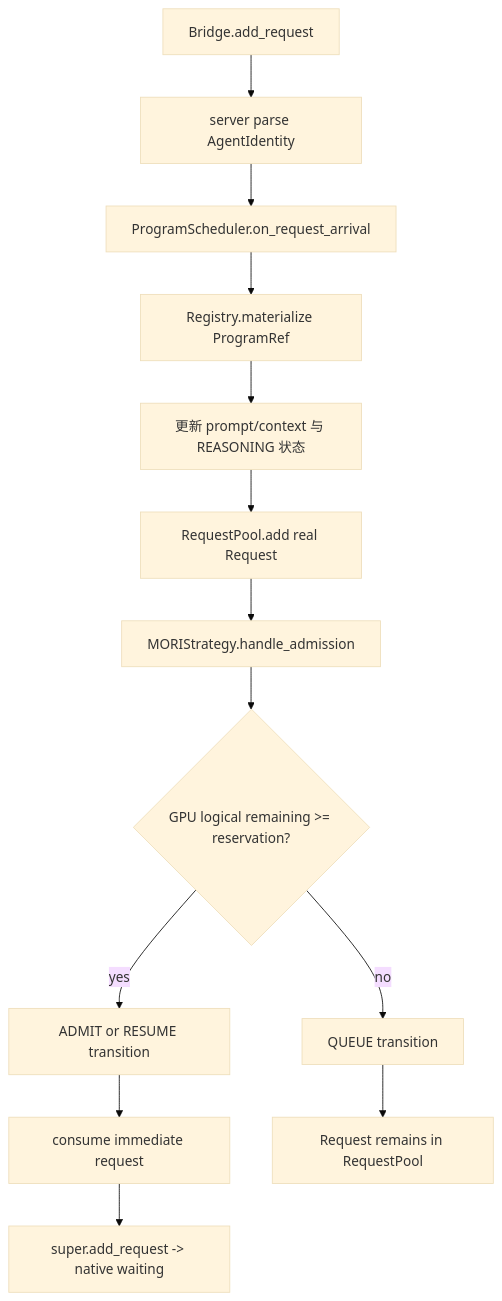
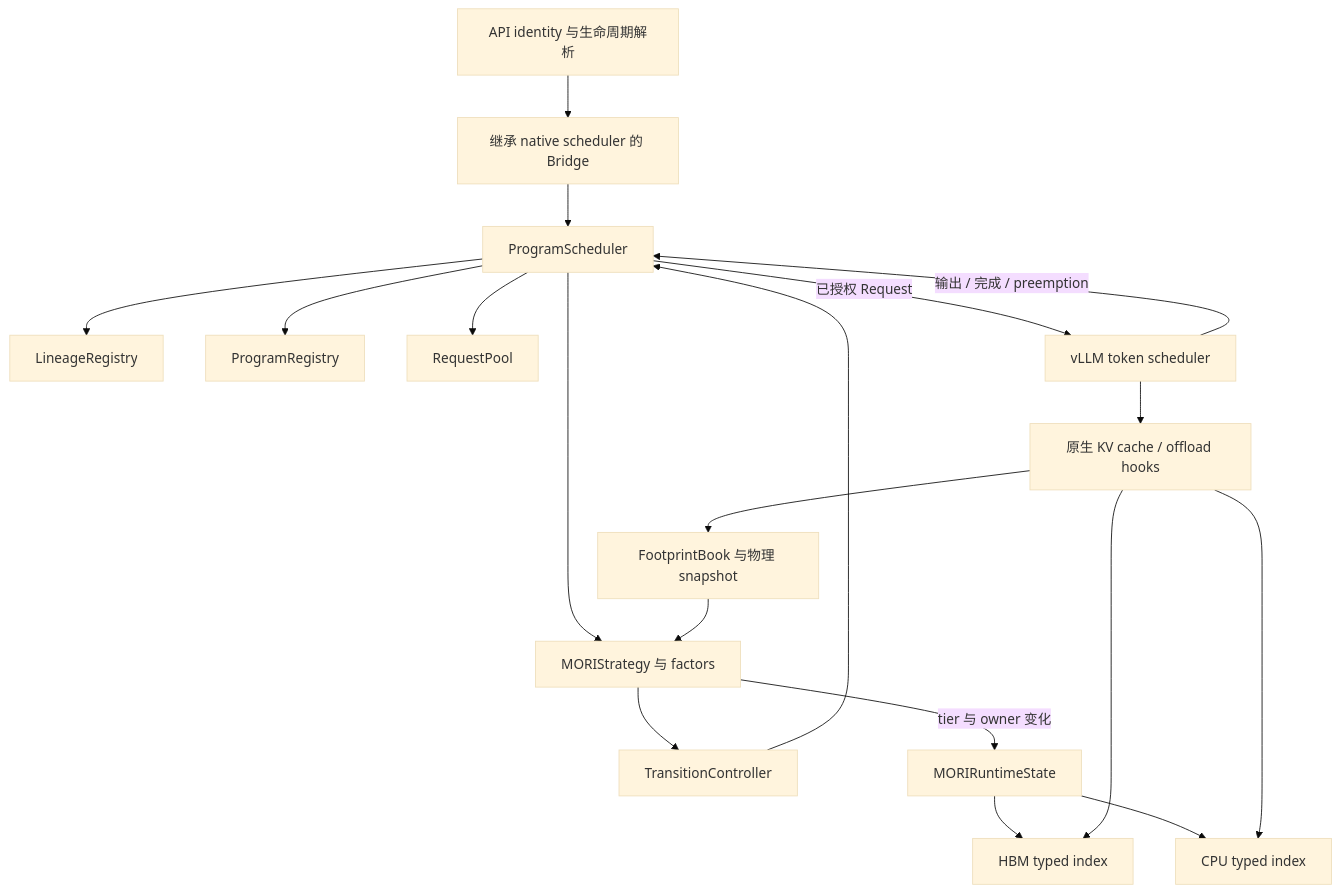
One commit to potatoZhx/agent-infer changed the first of 2 diagrams in design/module/scheduling/mori-implementation.zh-CN.md. Above: the diagram before and after it, drawn with Mermaid (base theme). The commit also changed other lines of this file and 1 other file, not shown here.

````diff
--- a/design/module/scheduling/mori-implementation.zh-CN.md
+++ b/design/module/scheduling/mori-implementation.zh-CN.md
@@ -396,15 +81,21 @@
 ```mermaid
 flowchart TD
-    A[Bridge.add_request] --> B[server parse AgentIdentity]
-    B --> C[ProgramScheduler.on_request_arrival]
-    C --> D[Registry.materialize ProgramRef]
-    D --> E[更新 prompt/context 与 REASONING 状态]
-    E --> F[RequestPool.add real Request]
-    F --> G[MORIStrategy.handle_admission]
-    G --> H{GPU logical remaining >= reservation?}
-    H -->|yes| I[ADMIT or RESUME transition]
-    I --> J[consume immediate request]
-    J --> K[super.add_request -> native waiting]
-    H -->|no| L[QUEUE transition]
-    L --> M[Request remains in RequestPool]
+    API[API identity 与生命周期解析] --> BR[继承 native scheduler 的 Bridge]
+    BR --> PS[ProgramScheduler]
+    PS --> LIN[LineageRegistry]
+    PS --> REG[ProgramRegistry]
+    PS --> POOL[RequestPool]
+    PS --> ST[MORIStrategy 与 factors]
+    ST --> TR[TransitionController]
+    TR --> PS
+    PS -->|已授权 Request| NAT[vLLM token scheduler]
+    NAT -->|输出 / 完成 / preemption| PS
+    ST -->|tier 与 owner 变化| RS[MORIRuntimeState]
+    RS --> H[HBM typed index]
+    RS --> C[CPU typed index]
+    NAT --> KH[原生 KV cache / offload hooks]
+    KH --> H
+    KH --> C
+    KH --> FB[FootprintBook 与物理 snapshot]
+    FB --> ST
 ```
````
